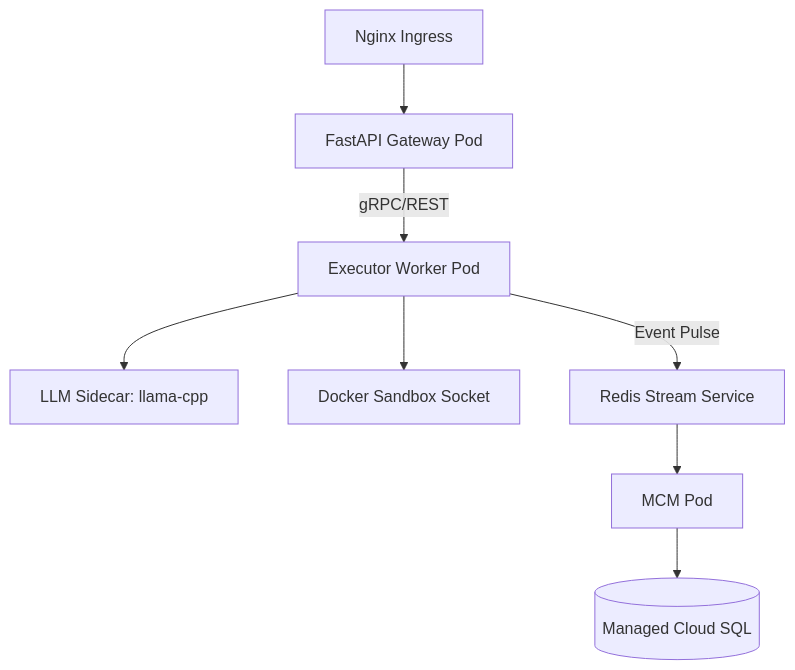
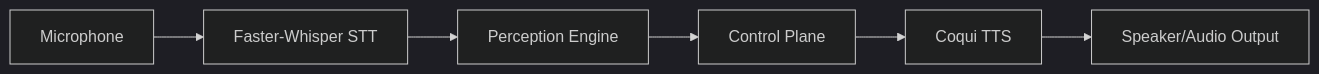
One commit to Blackdrg/levi-ai-innovate changed the tenth of 15 diagrams in README.md. Above: the diagram before and after it, drawn with Mermaid. The commit also changed other lines of this file and 61 other files, not shown here.

````diff
--- a/README.md
+++ b/README.md
@@ -217,10 +792,9 @@
 ```mermaid
-graph TD
-    Ingress[Nginx Ingress] --> API[FastAPI Gateway Pod]
-    API -- "gRPC/REST" --> Worker[Executor Worker Pod]
-    Worker --> Sidecar[LLM Sidecar: llama-cpp]
-    Worker --> Sandbox[Docker Sandbox Socket]
-    Worker -- "Event Pulse" --> Stream[Redis Stream Service]
-    Stream --> MCM[MCM Pod]
-    MCM --> DB[(Managed Cloud SQL)]
+%%{init: {'theme': 'dark', 'themeVariables': { 'primaryColor': '#00ffcc'}}}%%
+graph LR
+    Mic[Microphone] --> STT[Faster-Whisper STT]
+    STT --> Intent[Perception Engine]
+    Intent --> Brain[Control Plane]
+    Brain --> TTS[Coqui TTS]
+    TTS --> Speaker[Speaker/Audio Output]
 ```
````
